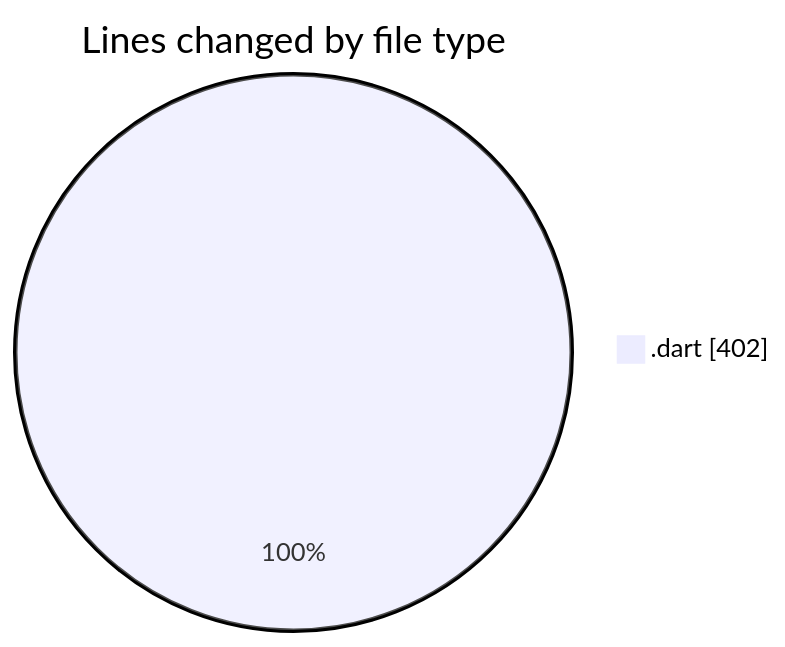
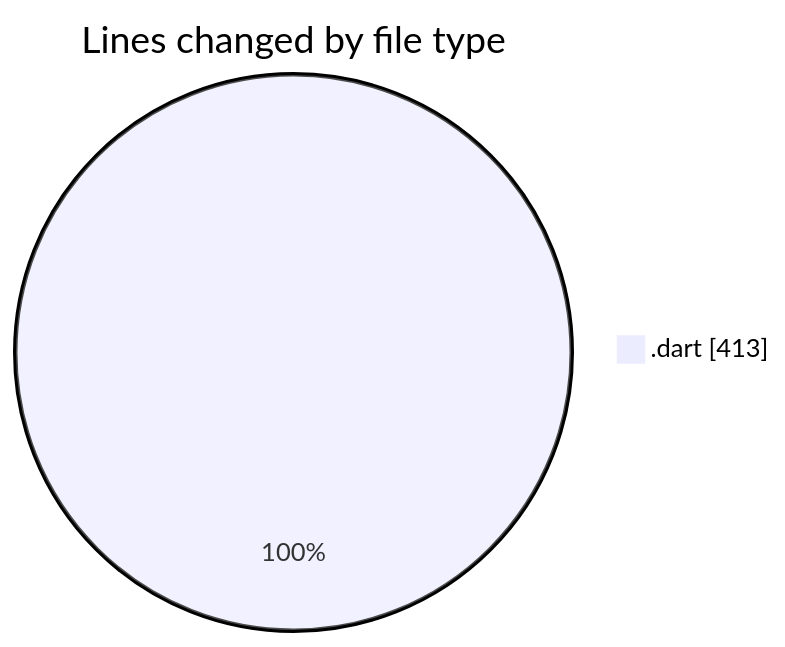
One commit to donsfak/code-tracking changed the first of 2 diagrams in 2025-03-25/wordle/README.md. Above: the diagram before and after it, drawn with Mermaid. The commit also changed other lines of this file and 1 other file, not shown here.

````diff
--- a/2025-03-25/wordle/README.md
+++ b/2025-03-25/wordle/README.md
@@ -26,5 +26,5 @@
 ```mermaid
 pie showData
 title Lines changed by file type
-".dart" : 402
+".dart" : 413
 ```
````
